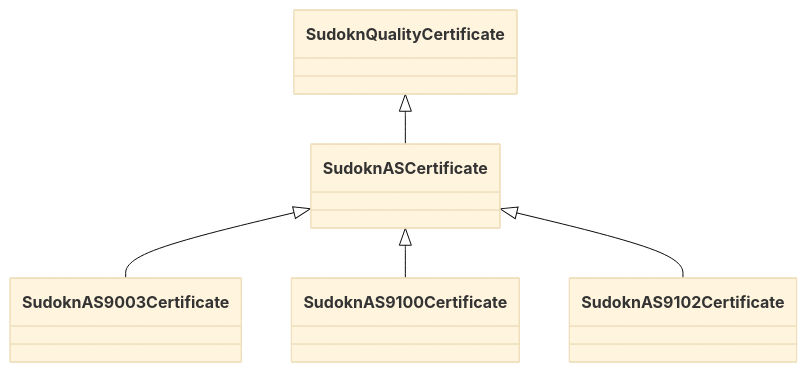
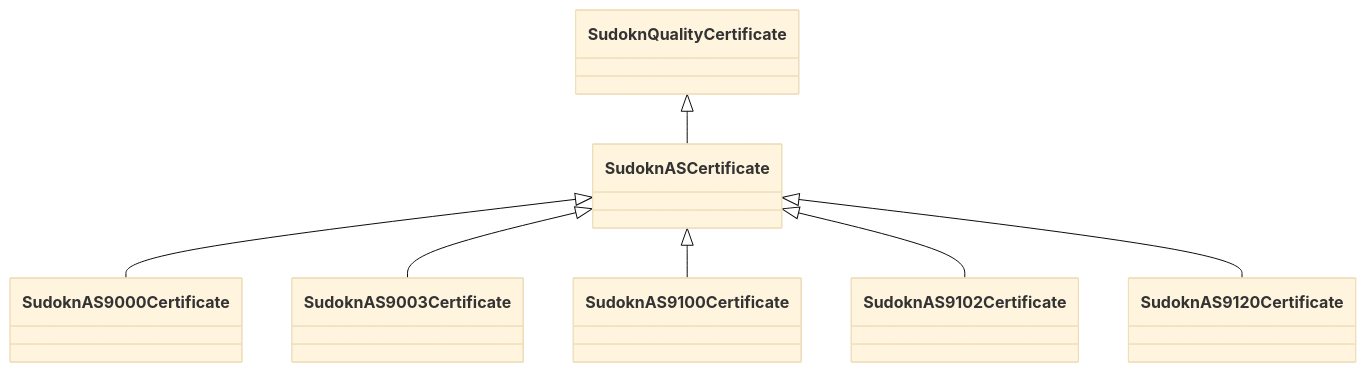
One commit to frink-okn/graph-descriptions changed the diagram in sudokn-kg/classes/SudoknASCertificate.md. Above: the diagram before and after it, drawn with Mermaid (base theme). The commit also changed other lines of this file and 903 other files, not shown here.

````diff
--- a/sudokn-kg/classes/SudoknASCertificate.md
+++ b/sudokn-kg/classes/SudoknASCertificate.md
@@ -23,18 +16,22 @@
 ```mermaid
  classDiagram
     class SudoknASCertificate
     click SudoknASCertificate href "../SudoknASCertificate"
       SudoknQualityCertificate <|-- SudoknASCertificate
         click SudoknQualityCertificate href "../SudoknQualityCertificate"
       
 
+      SudoknASCertificate <|-- SudoknAS9000Certificate
+        click SudoknAS9000Certificate href "../SudoknAS9000Certificate"
       SudoknASCertificate <|-- SudoknAS9003Certificate
         click SudoknAS9003Certificate href "../SudoknAS9003Certificate"
       SudoknASCertificate <|-- SudoknAS9100Certificate
         click SudoknAS9100Certificate href "../SudoknAS9100Certificate"
       SudoknASCertificate <|-- SudoknAS9102Certificate
         click SudoknAS9102Certificate href "../SudoknAS9102Certificate"
+      SudoknASCertificate <|-- SudoknAS9120Certificate
+        click SudoknAS9120Certificate href "../SudoknAS9120Certificate"
       
       
       
 ```
````
